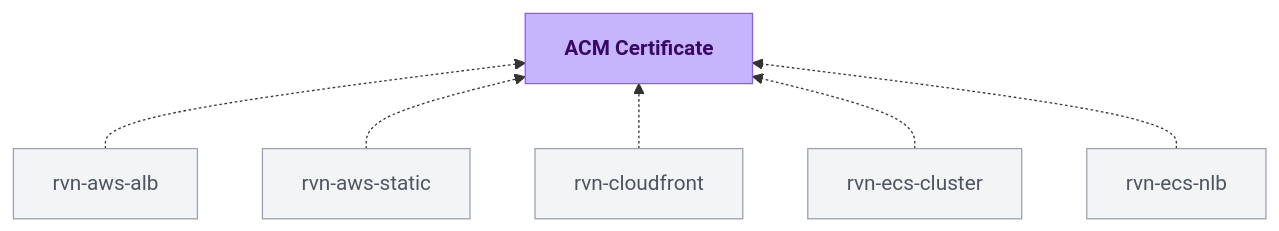
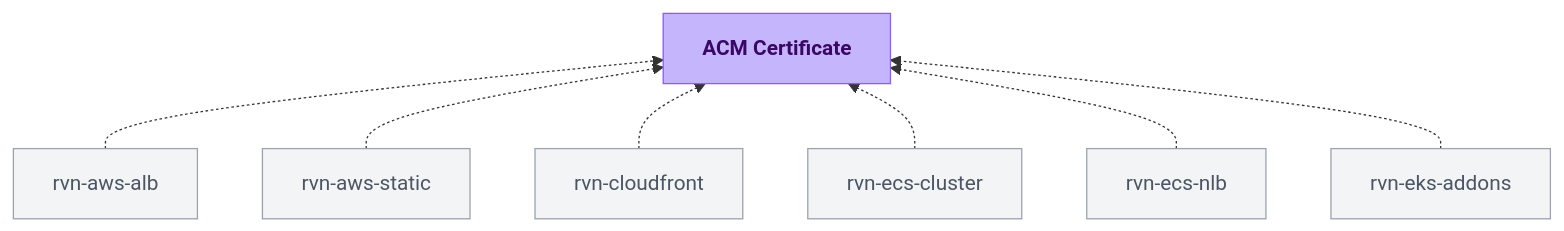
One commit to ravionhq/docs changed the diagram in module-definitions/catalog/rvn-acm-certificate.mdx. Above: the diagram before and after it, drawn with Mermaid. The commit also changed 23 other files, not shown here.

Commit message:
chore: sync module catalog docs

````diff
--- a/module-definitions/catalog/rvn-acm-certificate.mdx
+++ b/module-definitions/catalog/rvn-acm-certificate.mdx
@@ -16,22 +16,24 @@
 ```mermaid
 flowchart BT
   rvn_aws_alb["rvn-aws-alb"] -.-> rvn_acm_certificate["<strong>ACM Certificate</strong>"]
   rvn_aws_static["rvn-aws-static"] -.-> rvn_acm_certificate
   rvn_cloudfront["rvn-cloudfront"] -.-> rvn_acm_certificate
   rvn_ecs_cluster["rvn-ecs-cluster"] -.-> rvn_acm_certificate
   rvn_ecs_nlb["rvn-ecs-nlb"] -.-> rvn_acm_certificate
+  rvn_eks_addons["rvn-eks-addons"] -.-> rvn_acm_certificate
 
   class rvn_acm_certificate current
-  class rvn_aws_alb,rvn_aws_static,rvn_cloudfront,rvn_ecs_cluster,rvn_ecs_nlb consumer
+  class rvn_aws_alb,rvn_aws_static,rvn_cloudfront,rvn_ecs_cluster,rvn_ecs_nlb,rvn_eks_addons consumer
 
   classDef current fill:#C4B5FD,stroke:#8B5CF6,color:#3B0764
   classDef dependency fill:#FAF8FF,stroke:#DDD6FE,color:#6D28D9
   classDef consumer fill:#F3F4F6,stroke:#9CA3AF,color:#4B5563
   classDef upstream fill:#F8FAFC,stroke:#CBD5E1,color:#94A3B8
 
   click rvn_aws_alb "/module-definitions/catalog/rvn-aws-alb" "Open rvn-aws-alb docs"
   click rvn_aws_static "/module-definitions/catalog/rvn-aws-static" "Open rvn-aws-static docs"
   click rvn_cloudfront "/module-definitions/catalog/rvn-cloudfront" "Open rvn-cloudfront docs"
   click rvn_ecs_cluster "/module-definitions/catalog/rvn-ecs-cluster" "Open rvn-ecs-cluster docs"
   click rvn_ecs_nlb "/module-definitions/catalog/rvn-ecs-nlb" "Open rvn-ecs-nlb docs"
+  click rvn_eks_addons "/module-definitions/catalog/rvn-eks-addons" "Open rvn-eks-addons docs"
 ```
````
